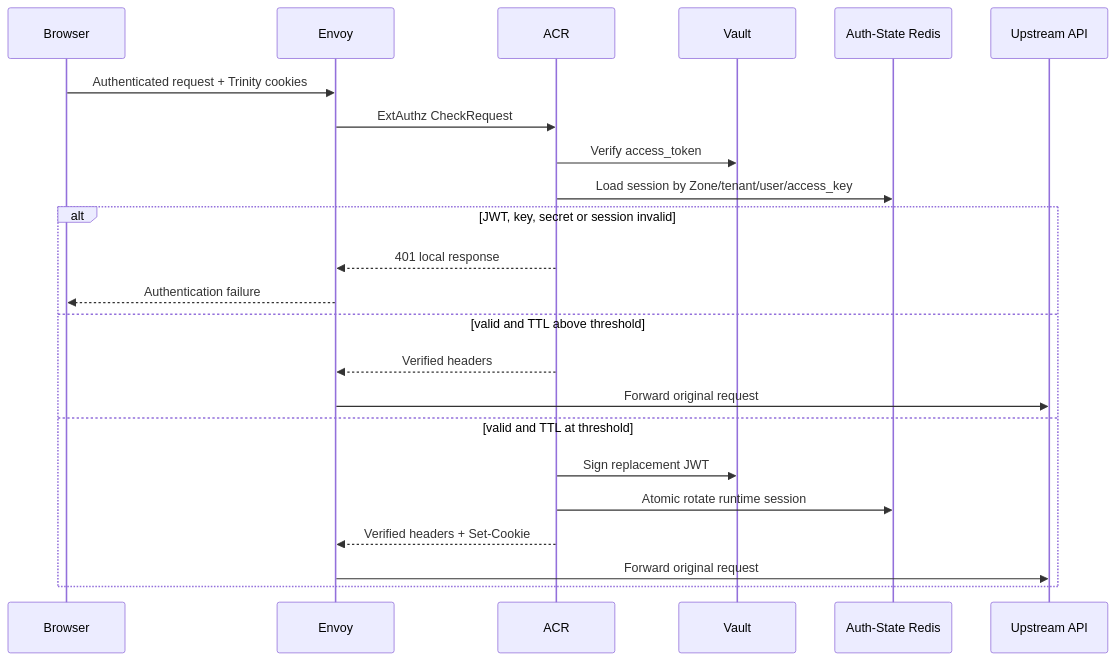
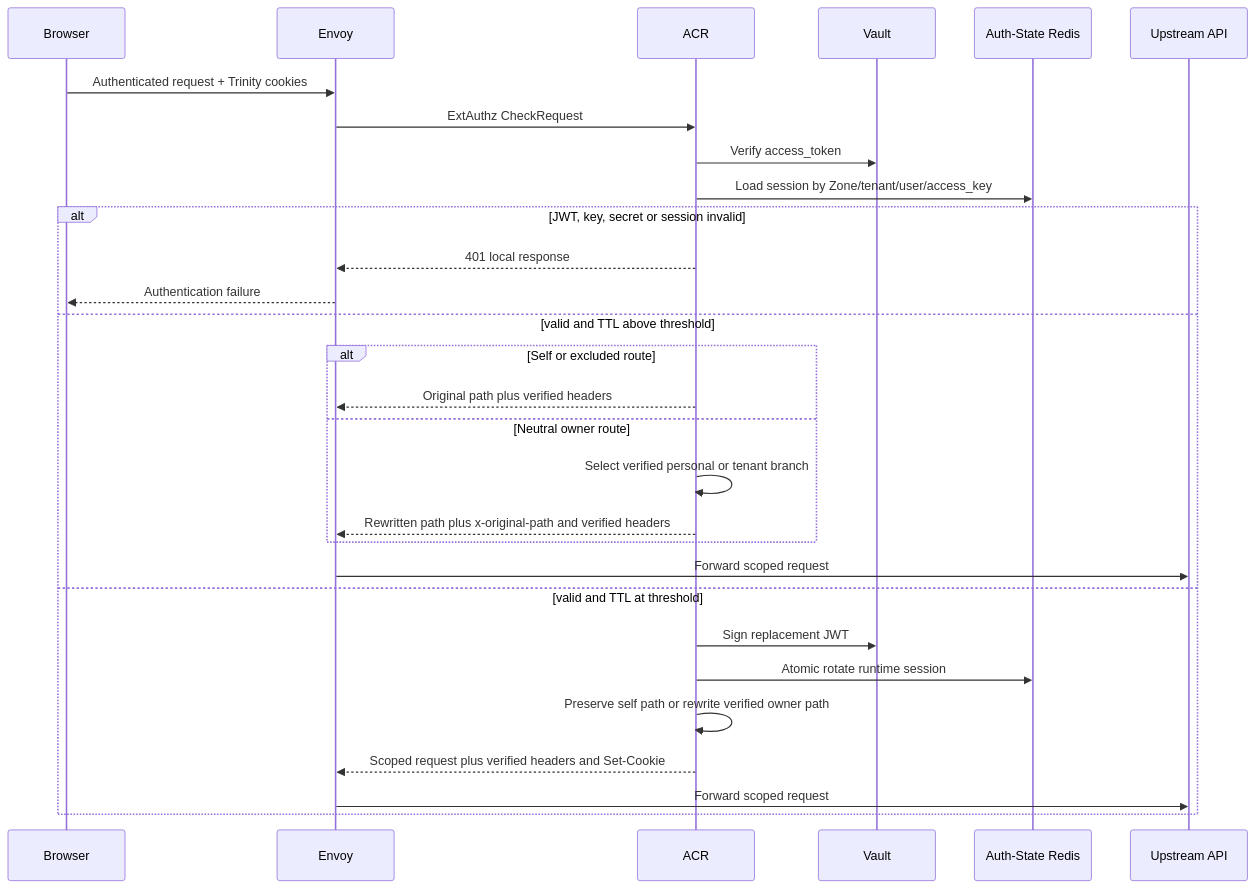
Before and after one commit to phucle996/aurora: the first of 3 diagrams in god_view/iam/user_post_login_session_god_view_workflow.md, drawn with Mermaid. The commit also changed other lines of this file and 165 other files, not shown here.

````diff
--- a/god_view/iam/user_post_login_session_god_view_workflow.md
+++ b/god_view/iam/user_post_login_session_god_view_workflow.md
@@ -76,26 +105,32 @@
 ```mermaid
 sequenceDiagram
     participant B as Browser
     participant E as Envoy
     participant A as ACR
     participant V as Vault
     participant R as Auth-State Redis
     participant U as Upstream API
 
     B->>E: Authenticated request + Trinity cookies
     E->>A: ExtAuthz CheckRequest
     A->>V: Verify access_token
     A->>R: Load session by Zone/tenant/user/access_key
     alt JWT, key, secret or session invalid
         A-->>E: 401 local response
         E-->>B: Authentication failure
     else valid and TTL above threshold
-        A-->>E: Verified headers
-        E->>U: Forward original request
+        alt Self or excluded route
+            A-->>E: Original path plus verified headers
+        else Neutral owner route
+            A->>A: Select verified personal or tenant branch
+            A-->>E: Rewritten path plus x-original-path and verified headers
+        end
+        E->>U: Forward scoped request
     else valid and TTL at threshold
         A->>V: Sign replacement JWT
         A->>R: Atomic rotate runtime session
-        A-->>E: Verified headers + Set-Cookie
-        E->>U: Forward original request
+        A->>A: Preserve self path or rewrite verified owner path
+        A-->>E: Scoped request plus verified headers and Set-Cookie
+        E->>U: Forward scoped request
     end
 ```
````
